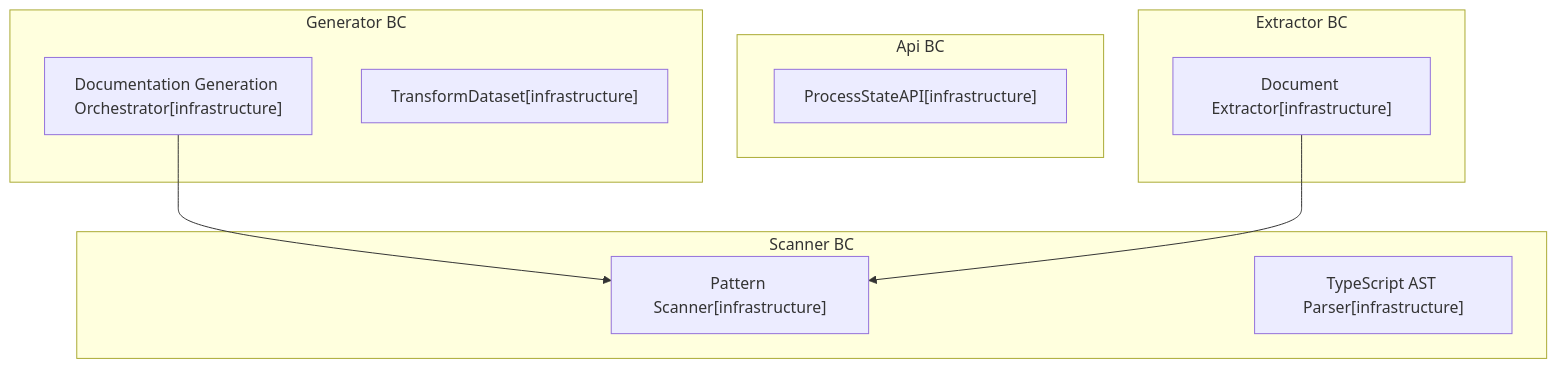
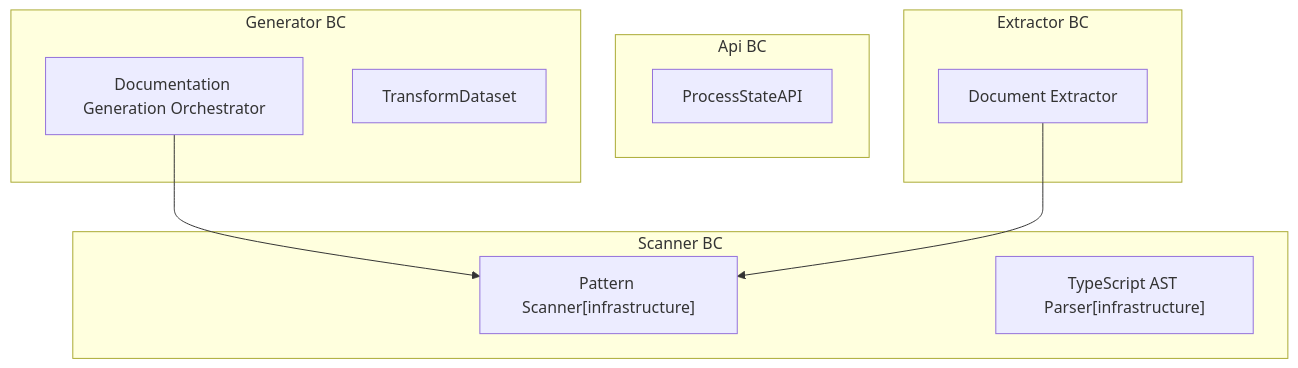
The diagram in docs-generated/ARCHITECTURE.md (libar-dev/architect), drawn with Mermaid before and after one commit. The commit also changed other lines of this file and 47 other files, not shown here.

````diff
--- a/docs-generated/ARCHITECTURE.md
+++ b/docs-generated/ARCHITECTURE.md
@@ -24,19 +24,19 @@
 ```mermaid
 graph TB
     subgraph api["Api BC"]
-        ProcessStateAPI["ProcessStateAPI[infrastructure]"]
+        ProcessStateAPI["ProcessStateAPI"]
     end
     subgraph extractor["Extractor BC"]
-        Document_Extractor["Document Extractor[infrastructure]"]
+        Document_Extractor["Document Extractor"]
     end
     subgraph generator["Generator BC"]
-        Documentation_Generation_Orchestrator["Documentation Generation Orchestrator[infrastructure]"]
-        TransformDataset["TransformDataset[infrastructure]"]
+        Documentation_Generation_Orchestrator["Documentation Generation Orchestrator"]
+        TransformDataset["TransformDataset"]
     end
     subgraph scanner["Scanner BC"]
         Pattern_Scanner["Pattern Scanner[infrastructure]"]
         TypeScript_AST_Parser["TypeScript AST Parser[infrastructure]"]
     end
     Documentation_Generation_Orchestrator --> Pattern_Scanner
     Document_Extractor --> Pattern_Scanner
 ```
````
